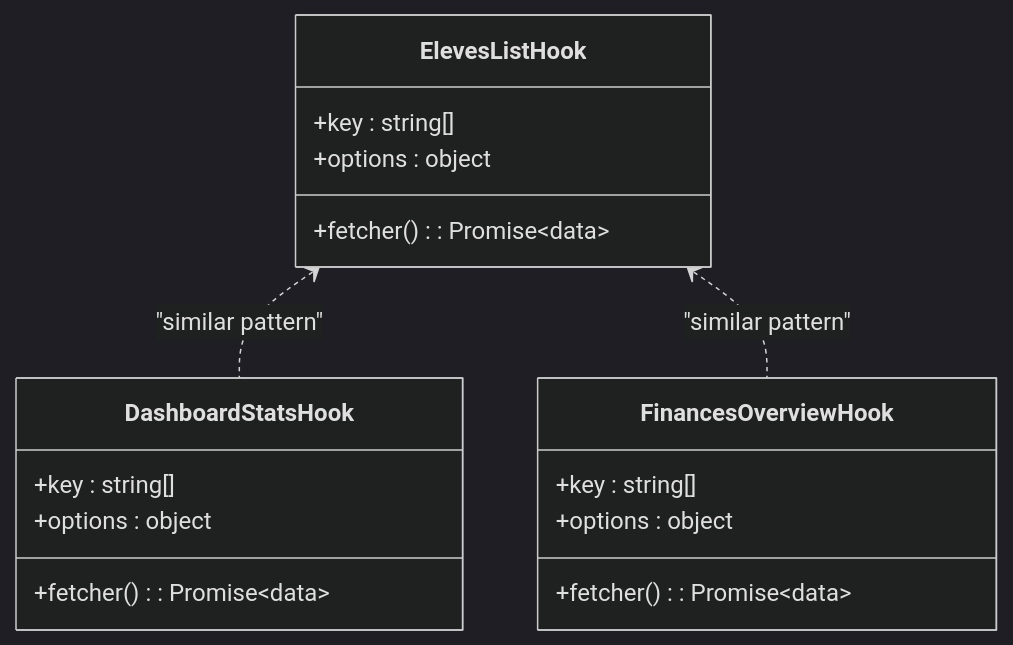
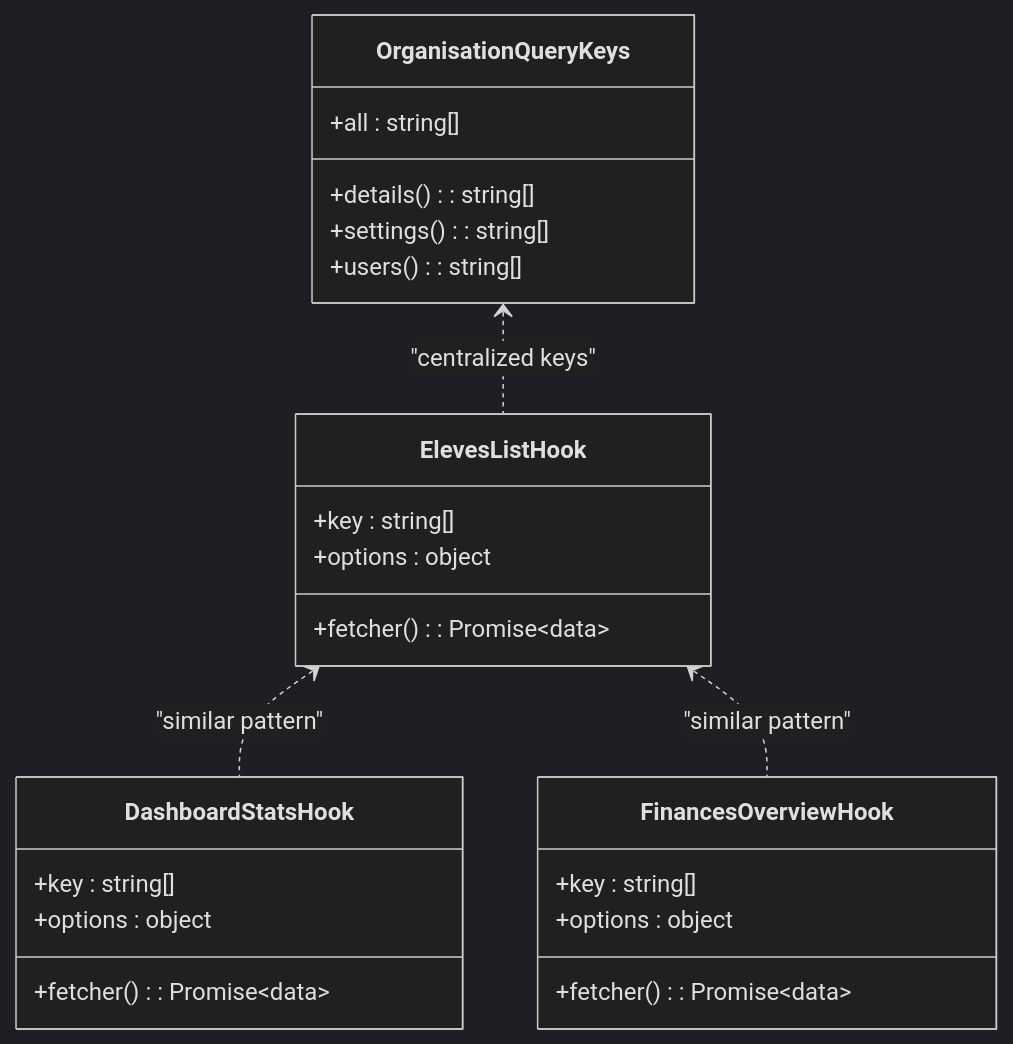
One commit to franckylab/eLISAschool changed the fourth of 6 diagrams in .qoder/repowiki/en/content/System Architecture/Frontend Architecture/State Management/React Query Integration.md. Above: the diagram before and after it, drawn with Mermaid (dark theme). The commit also changed other lines of this file and 6 other files, not shown here.

````diff
--- a/.qoder/repowiki/en/content/System Architecture/Frontend Architecture/State Management/React Query Integration.md
+++ b/.qoder/repowiki/en/content/System Architecture/Frontend Architecture/State Management/React Query Integration.md
@@ -182,20 +231,27 @@
 ```mermaid
 classDiagram
 class ElevesListHook {
 +key : string[]
 +options : object
 +fetcher() : Promise~data~
 }
 class DashboardStatsHook {
 +key : string[]
 +options : object
 +fetcher() : Promise~data~
 }
 class FinancesOverviewHook {
 +key : string[]
 +options : object
 +fetcher() : Promise~data~
 }
+class OrganisationQueryKeys {
++all : string[]
++details() : string[]
++settings() : string[]
++users() : string[]
+}
 ElevesListHook <.. DashboardStatsHook : "similar pattern"
 ElevesListHook <.. FinancesOverviewHook : "similar pattern"
+OrganisationQueryKeys <.. ElevesListHook : "centralized keys"
 ```
````
